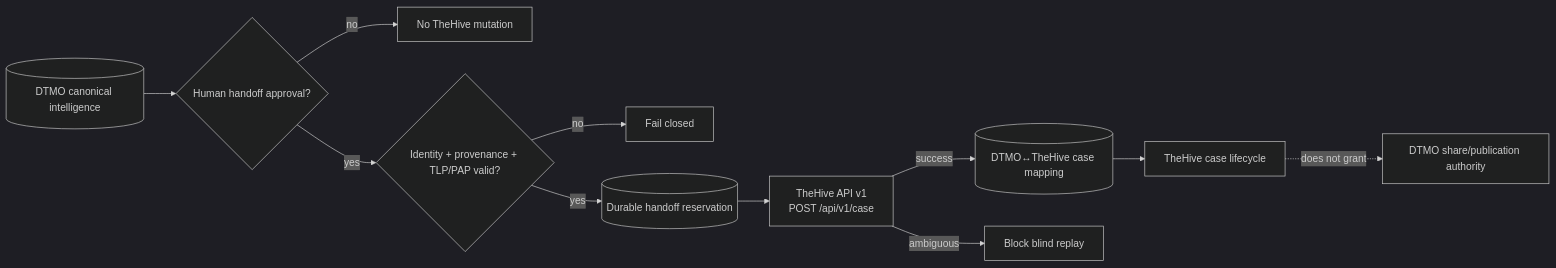
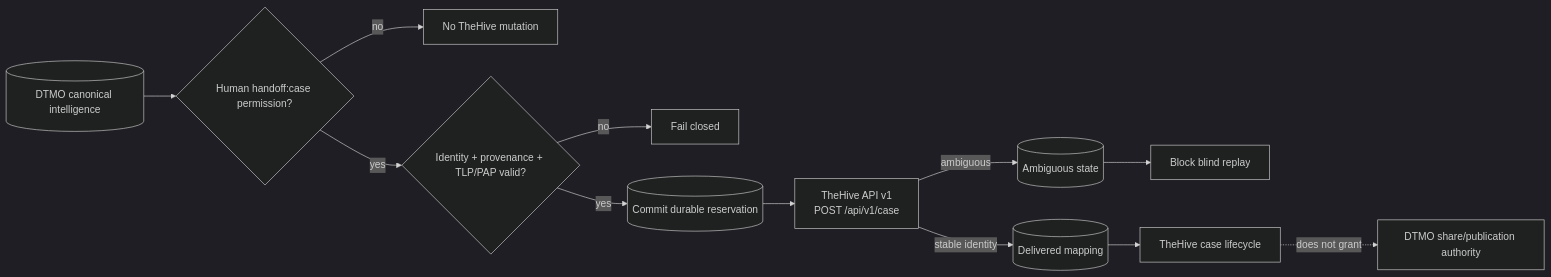
One commit to GJvManen/dtmo changed the diagram in docs/project/CURRENT_STATE.md. Above: the diagram before and after it, drawn with Mermaid (dark theme). The commit also changed other lines of this file, not shown here.

Commit message:
Reconcile current state for TheHive handoff implementation

````diff
--- a/docs/project/CURRENT_STATE.md
+++ b/docs/project/CURRENT_STATE.md
@@ -49,13 +50,14 @@
 ```mermaid
 flowchart LR
-    D[(DTMO canonical intelligence)] --> A{Human handoff approval?}
+    D[(DTMO canonical intelligence)] --> A{Human handoff:case permission?}
     A -->|no| N[No TheHive mutation]
     A -->|yes| V{Identity + provenance + TLP/PAP valid?}
     V -->|no| X[Fail closed]
-    V -->|yes| R[(Durable handoff reservation)]
+    V -->|yes| R[(Commit durable reservation)]
     R --> C[TheHive API v1\nPOST /api/v1/case]
-    C -->|success| M[(DTMO↔TheHive case mapping)]
-    C -->|ambiguous| U[Block blind replay]
+    C -->|stable identity| M[(Delivered mapping)]
+    C -->|ambiguous| U[(Ambiguous state)]
+    U --> B[Block blind replay]
     M --> H[TheHive case lifecycle]
     H -. does not grant .-> S[DTMO share/publication authority]
 ```
````
